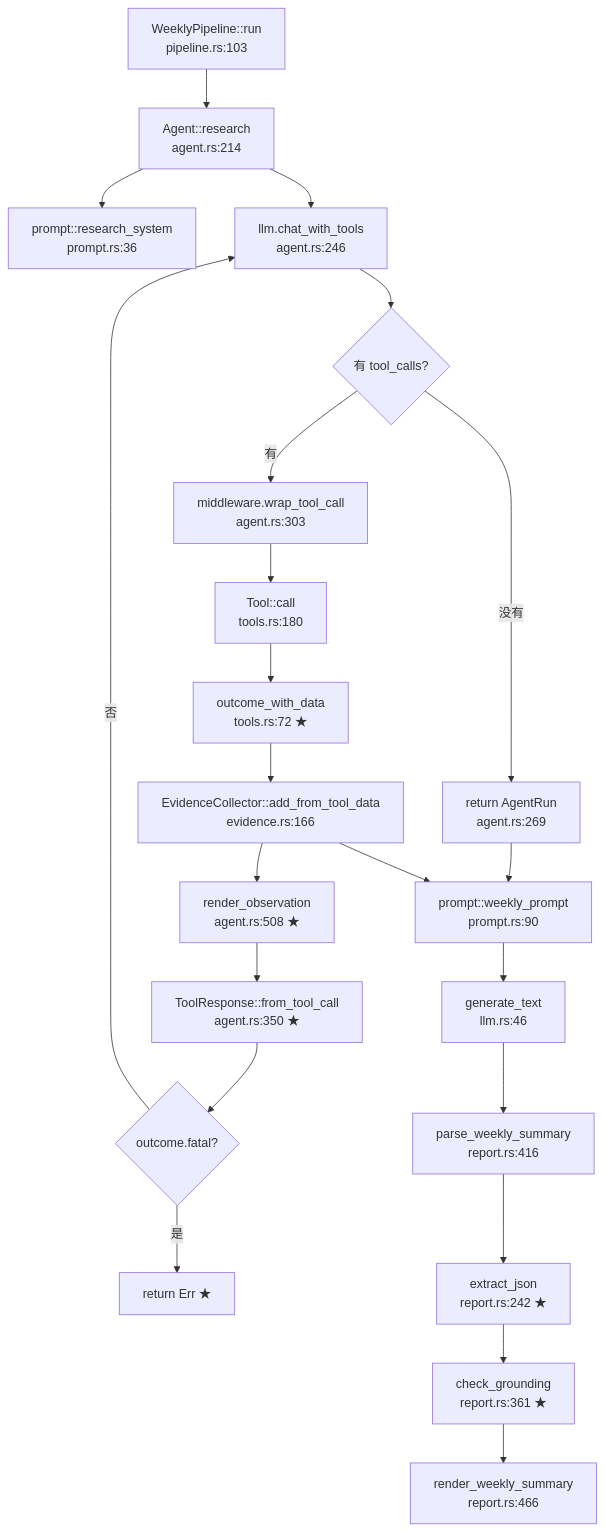
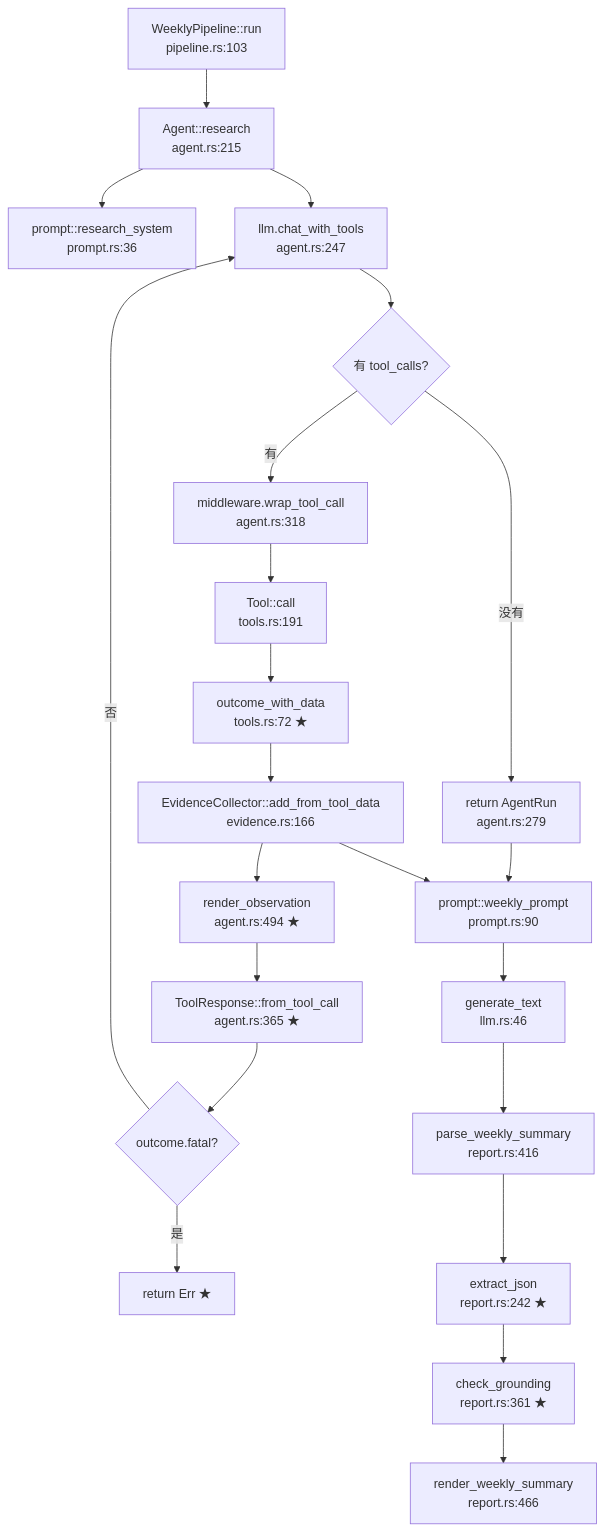
The fifth of 10 diagrams in 19-agent-summary/README.md (heheshang/agent-learn), drawn with Mermaid before and after one commit. The commit also changed other lines of this file and 33 other files, not shown here.

````diff
--- a/19-agent-summary/README.md
+++ b/19-agent-summary/README.md
@@ -321,24 +321,24 @@
 ```mermaid
 graph TD
-    A["WeeklyPipeline::run<br/>pipeline.rs:103"] --> B["Agent::research<br/>agent.rs:214"]
+    A["WeeklyPipeline::run<br/>pipeline.rs:103"] --> B["Agent::research<br/>agent.rs:215"]
     B --> C["prompt::research_system<br/>prompt.rs:36"]
-    B --> D["llm.chat_with_tools<br/>agent.rs:246"]
+    B --> D["llm.chat_with_tools<br/>agent.rs:247"]
     D --> E{"有 tool_calls?"}
-    E -->|"没有"| F["return AgentRun<br/>agent.rs:269"]
-    E -->|"有"| G["middleware.wrap_tool_call<br/>agent.rs:303"]
-    G --> H["Tool::call<br/>tools.rs:180"]
+    E -->|"没有"| F["return AgentRun<br/>agent.rs:279"]
+    E -->|"有"| G["middleware.wrap_tool_call<br/>agent.rs:318"]
+    G --> H["Tool::call<br/>tools.rs:191"]
     H --> I["outcome_with_data<br/>tools.rs:72 ★"]
     I --> J["EvidenceCollector::add_from_tool_data<br/>evidence.rs:166"]
-    J --> K["render_observation<br/>agent.rs:508 ★"]
-    K --> L["ToolResponse::from_tool_call<br/>agent.rs:350 ★"]
+    J --> K["render_observation<br/>agent.rs:494 ★"]
+    K --> L["ToolResponse::from_tool_call<br/>agent.rs:365 ★"]
     L --> M{"outcome.fatal?"}
     M -->|"是"| N["return Err ★"]
     M -->|"否"| D
     F --> O["prompt::weekly_prompt<br/>prompt.rs:90"]
     J --> O
     O --> P["generate_text<br/>llm.rs:46"]
     P --> Q["parse_weekly_summary<br/>report.rs:416"]
     Q --> R["extract_json<br/>report.rs:242 ★"]
     R --> S["check_grounding<br/>report.rs:361 ★"]
     S --> T["render_weekly_summary<br/>report.rs:466"]
 ```
````
